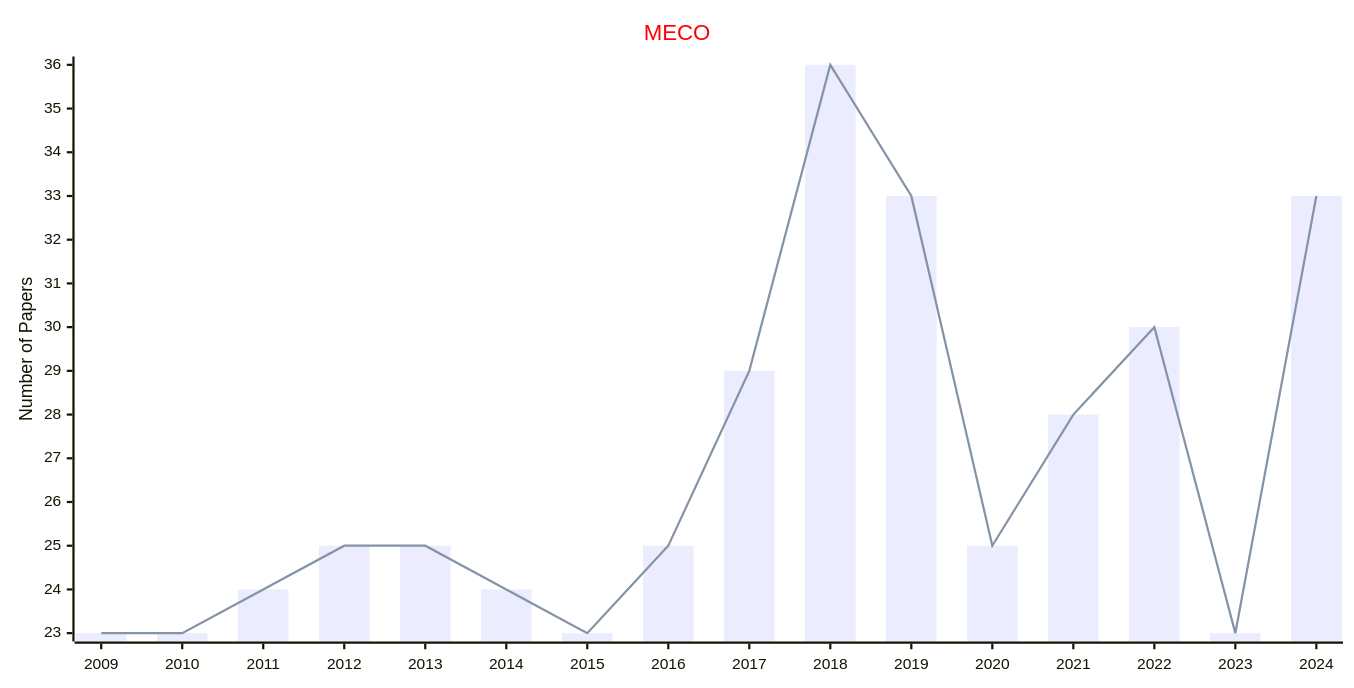
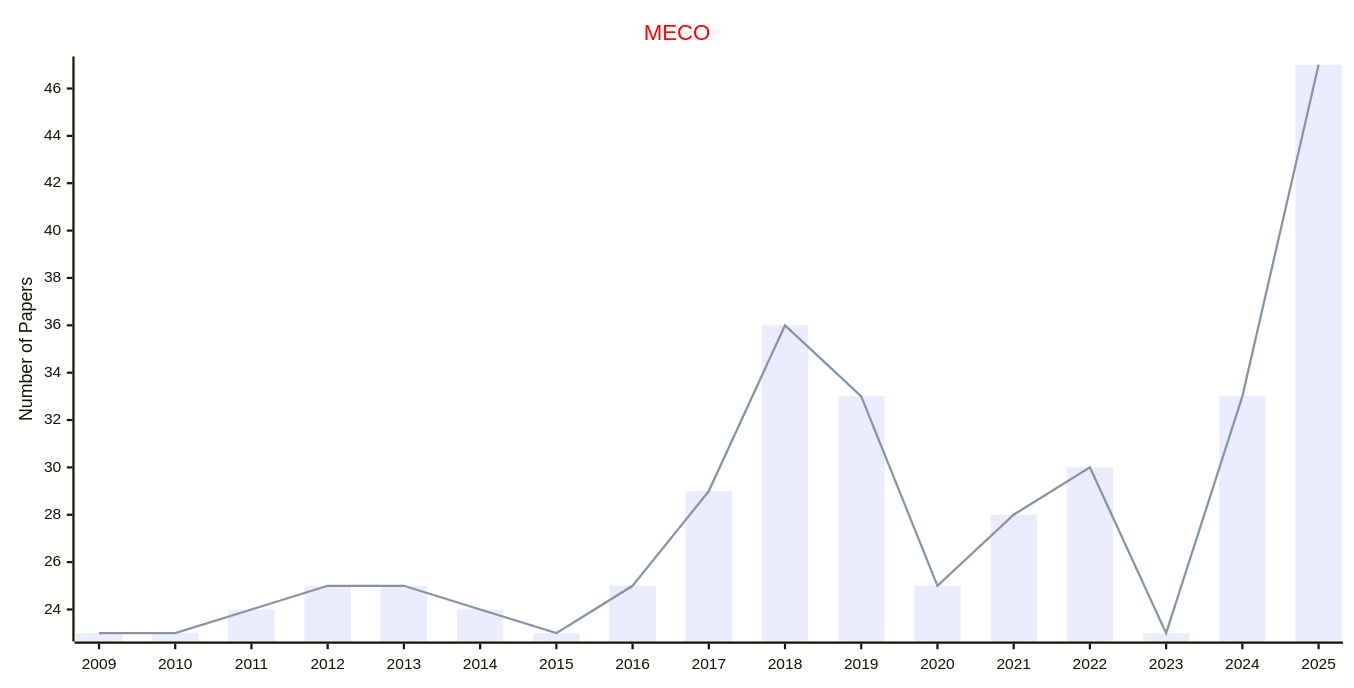
One commit to Easy-PhD/AILinks changed diagram 11 of 15 in docs/data/Journals/Statistics_Journals/Evolutionary_Computation.md. Above: the diagram before and after it, drawn with Mermaid. The commit also changed other lines of this file and 107 other files, not shown here.

````diff
--- a/docs/data/Journals/Statistics_Journals/Evolutionary_Computation.md
+++ b/docs/data/Journals/Statistics_Journals/Evolutionary_Computation.md
@@ -249,17 +249,17 @@
 ```mermaid
 ---
 config:
     xyChart:
         width: 1200
         height: 600
     themeVariables:
         xyChart:
             titleColor: "#ff0000"
 ---
 xychart-beta
     title "MECO"
-    x-axis [2009, 2010, 2011, 2012, 2013, 2014, 2015, 2016, 2017, 2018, 2019, 2020, 2021, 2022, 2023, 2024]
+    x-axis [2009, 2010, 2011, 2012, 2013, 2014, 2015, 2016, 2017, 2018, 2019, 2020, 2021, 2022, 2023, 2024, 2025]
     y-axis "Number of Papers"
-    bar [23, 23, 24, 25, 25, 24, 23, 25, 29, 36, 33, 25, 28, 30, 23, 33]
-    line [23, 23, 24, 25, 25, 24, 23, 25, 29, 36, 33, 25, 28, 30, 23, 33]
+    bar [23, 23, 24, 25, 25, 24, 23, 25, 29, 36, 33, 25, 28, 30, 23, 33, 47]
+    line [23, 23, 24, 25, 25, 24, 23, 25, 29, 36, 33, 25, 28, 30, 23, 33, 47]
 ```
````
